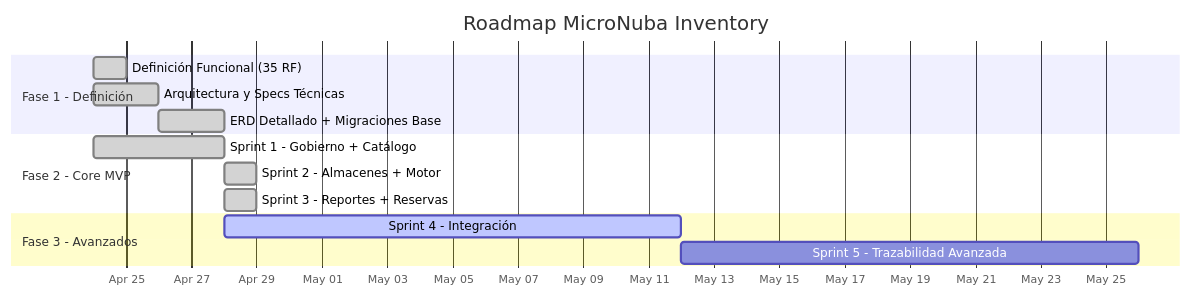
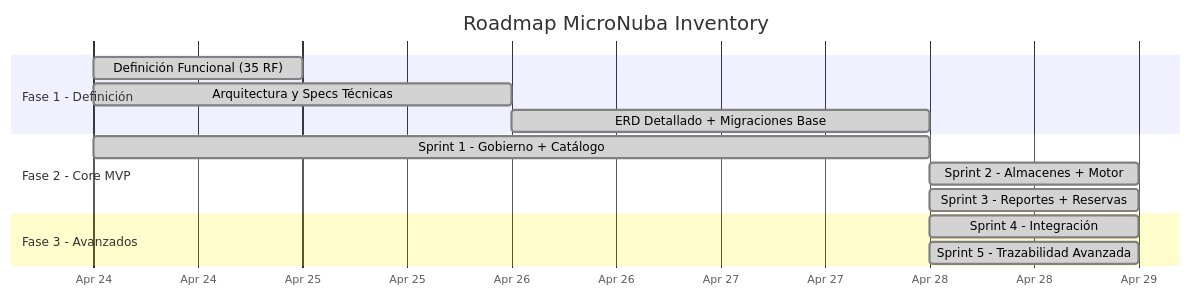
One commit to deimorga/SAAS-Gestion_Inventarios changed the diagram in doc/Planeacion/Planes_Trabajo/plan_trabajo_mvp.md. Above: the diagram before and after it, drawn with Mermaid. The commit also changed other lines of this file, not shown here.

````diff
--- a/doc/Planeacion/Planes_Trabajo/plan_trabajo_mvp.md
+++ b/doc/Planeacion/Planes_Trabajo/plan_trabajo_mvp.md
@@ -11,20 +11,20 @@
 ```mermaid
 gantt
     title Roadmap MicroNuba Inventory
     dateFormat YYYY-MM-DD
     axisFormat %b %d
 
     section Fase 1 - Definición
     Definición Funcional (35 RF)         :done, f1a, 2026-04-24, 1d
     Arquitectura y Specs Técnicas        :done, f1b, 2026-04-24, 2d
     ERD Detallado + Migraciones Base     :done, f1c, 2026-04-26, 2d
 
     section Fase 2 - Core MVP
     Sprint 1 - Gobierno + Catálogo       :done, s1, 2026-04-24, 4d
     Sprint 2 - Almacenes + Motor         :done, s2, 2026-04-28, 1d
     Sprint 3 - Reportes + Reservas       :done, s3, 2026-04-28, 1d
 
     section Fase 3 - Avanzados
-    Sprint 4 - Integración               :active, s4, 2026-04-28, 14d
-    Sprint 5 - Trazabilidad Avanzada     :s5, after s4, 14d
+    Sprint 4 - Integración               :done, s4, 2026-04-28, 1d
+    Sprint 5 - Trazabilidad Avanzada     :done, s5, 2026-04-28, 1d
 ```
````
